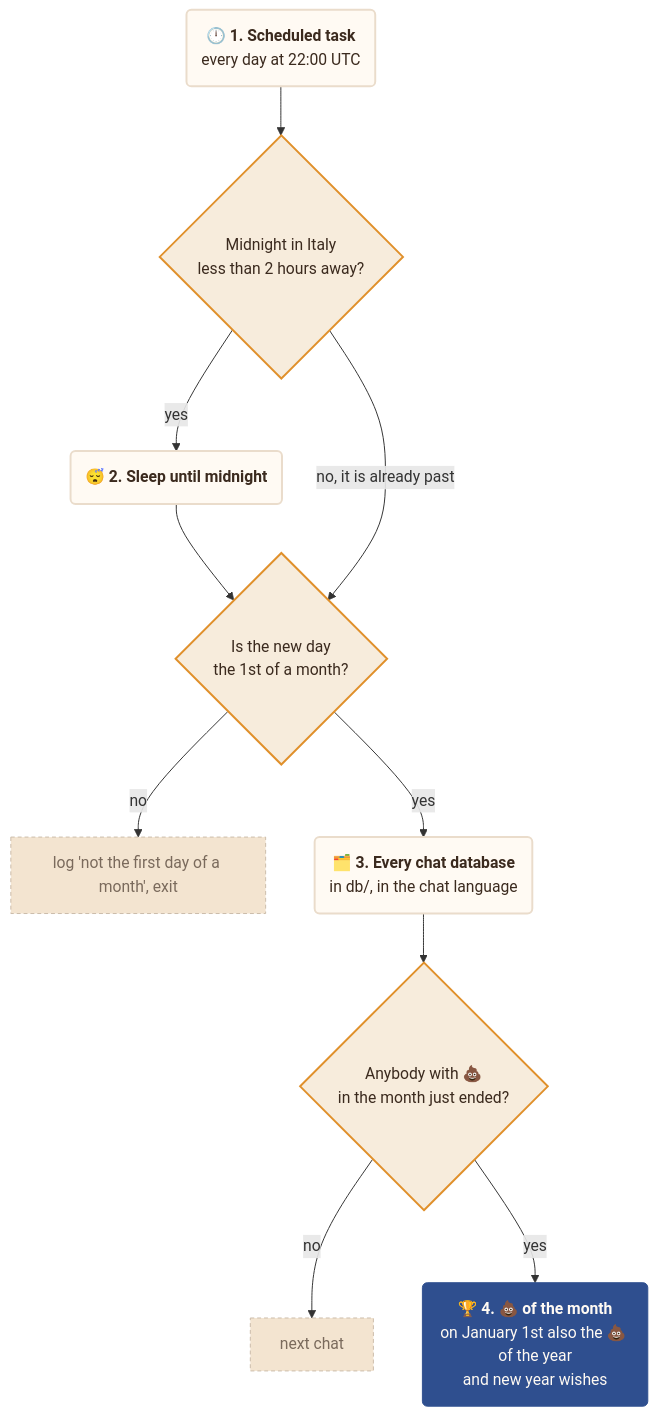
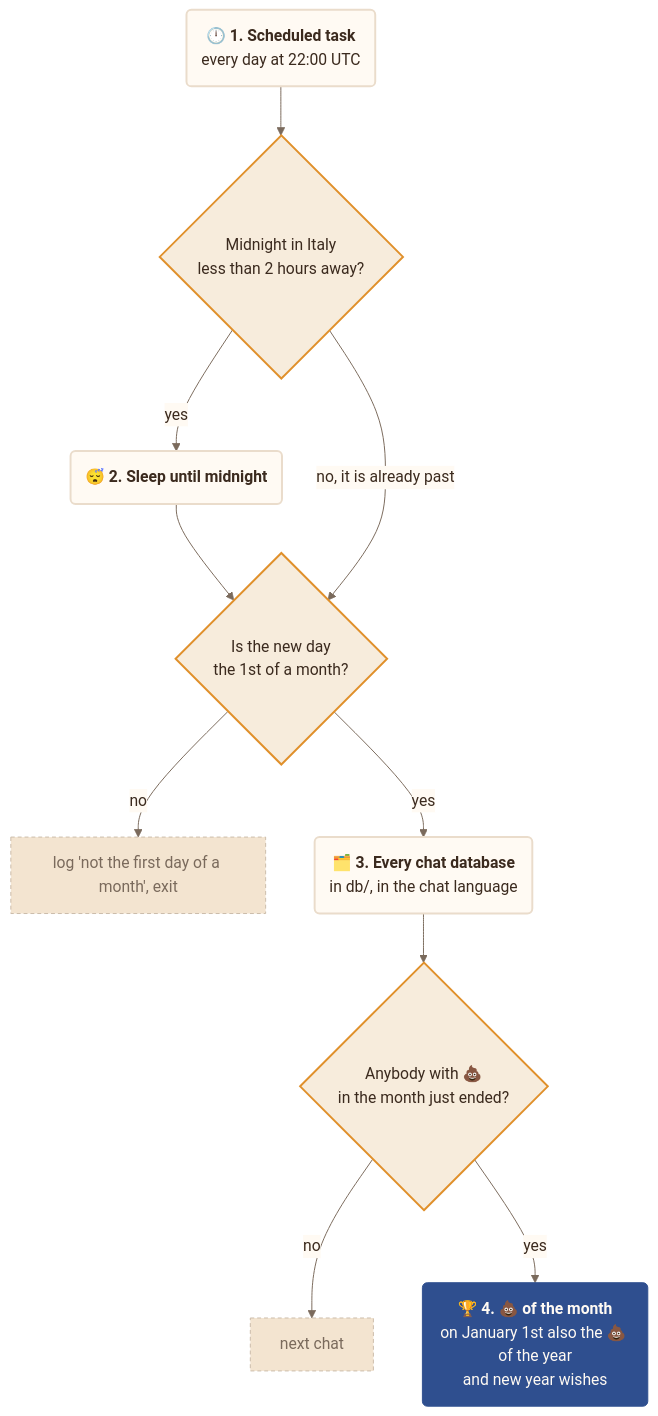
The second of 2 diagrams in docs/deployment.md (francescoperrino/Caccometro), drawn with Mermaid before and after one commit. The commit also changed other lines of this file and 14 other files, not shown here.

Commit message:
Give every Mermaid diagram one style from tools/mermaid_style.py, with a title and a description (#204)

````diff
--- a/docs/deployment.md
+++ b/docs/deployment.md
@@ -147,30 +178,61 @@
 ```mermaid
+---
+config:
+  theme: base
+  themeVariables:
+    fontFamily: "Nunito, Segoe UI, Roboto, sans-serif"
+    primaryColor: "#fffaf3"
+    primaryTextColor: "#3b2a1e"
+    primaryBorderColor: "#eadccb"
+    secondaryColor: "#f7ecdc"
+    tertiaryColor: "#f3e4d0"
+    lineColor: "#7a6a5c"
+    textColor: "#3b2a1e"
+    edgeLabelBackground: "#fffaf3"
+    clusterBkg: "#f3e4d0"
+    clusterBorder: "#cbbca9"
+    titleColor: "#5c4f42"
+    noteBkgColor: "#f7ecdc"
+    noteTextColor: "#3b2a1e"
+    actorBkg: "#fffaf3"
+    actorBorder: "#5c4f42"
+    actorTextColor: "#3b2a1e"
+    signalColor: "#7a6a5c"
+    signalTextColor: "#3b2a1e"
+    labelBoxBkgColor: "#f3e4d0"
+    loopTextColor: "#3b2a1e"
+    sequenceNumberColor: "#fffaf3"
+    xyChart:
+      plotColorPalette: "#2f4f8f"
+---
 flowchart TD
+    accTitle: Midnight announcement
+    accDescr: The daily task waits for midnight in Italy and on the first day of a month announces the poop of the month, of the year and the season
     task("🕛 <b>1. Scheduled task</b><br/>every day at 22:00 UTC")
     close{"Midnight in Italy<br/>less than 2 hours away?"}
     wait("😴 <b>2. Sleep until midnight</b>")
     first{"Is the new day<br/>the 1st of a month?"}
     quit["log 'not the first day of a month', exit"]
     chats("🗂️ <b>3. Every chat database</b><br/>in db/, in the chat language")
     winners{"Anybody with 💩<br/>in the month just ended?"}
     skip["next chat"]
     send("🏆 <b>4. 💩 of the month</b><br/>on January 1st also the 💩 of the year<br/>and new year wishes")
     task --> close
     close -->|"yes"| wait --> first
     close -->|"no, it is already past"| first
     first -->|"no"| quit
     first -->|"yes"| chats --> winners
     winners -->|"no"| skip
     winners -->|"yes"| send
     classDef step fill:#fffaf3,stroke:#eadccb,stroke-width:2px,color:#3b2a1e
     classDef main fill:#2f4f8f,stroke:#2f4f8f,color:#fffaf3
     classDef person fill:#5c4f42,stroke:#5c4f42,color:#fffaf3
     classDef check fill:#f7ecdc,stroke:#e0902b,stroke-width:2px,color:#3b2a1e
     classDef detail fill:#f7ecdc,stroke:#eadccb,color:#3b2a1e
-    classDef alert fill:#e0902b,stroke:#e0902b,color:#fffaf3
+    classDef alert fill:#e0902b,stroke:#e0902b,color:#3b2a1e
     classDef stop fill:#f3e4d0,stroke:#cbbca9,stroke-dasharray:4 3,color:#7a6a5c
     class task,wait,chats step
     class send main
     class close,first,winners check
     class quit,skip stop
 ```
````
